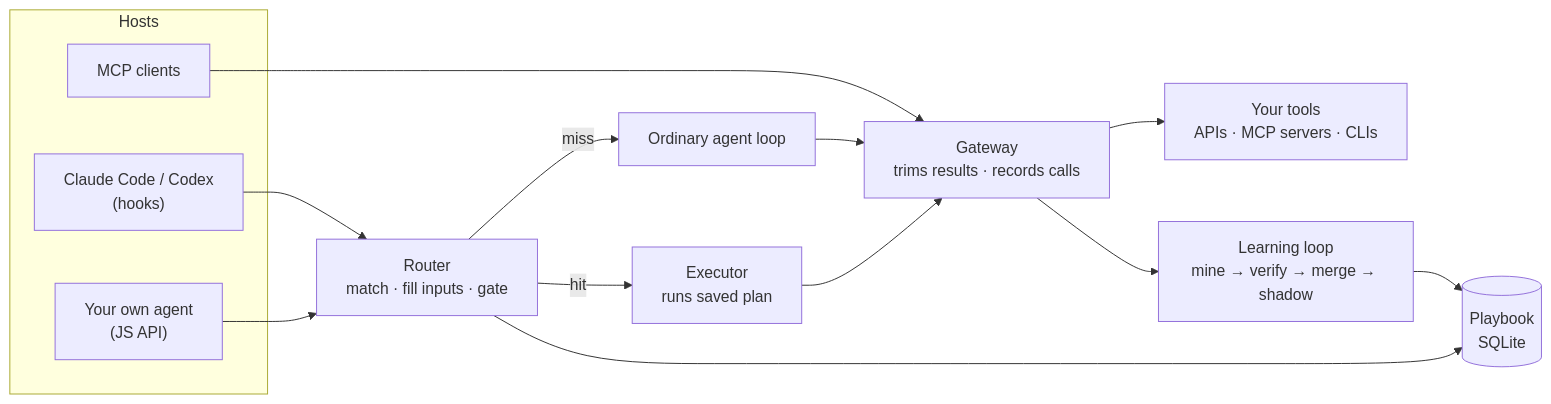
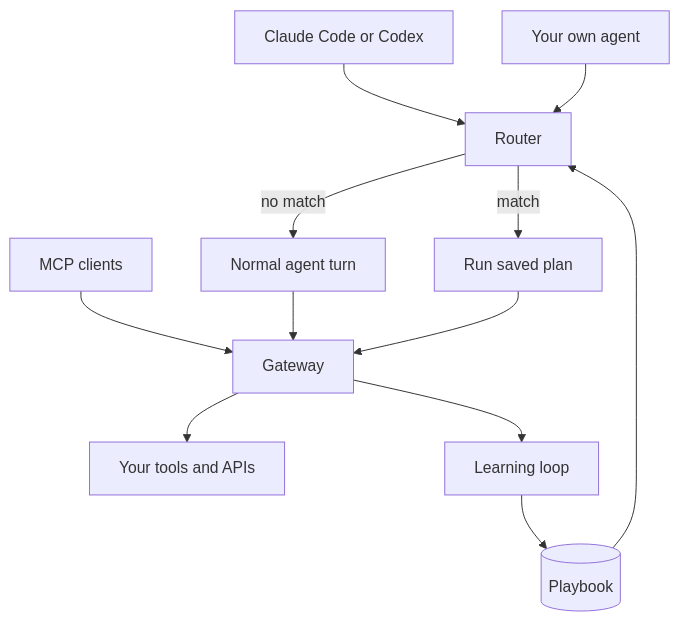
Before and after one commit to owentw23/workflow-replay: the first of 3 diagrams in README.md, drawn with Mermaid. The commit also changed other lines of this file, not shown here.

Commit message:
Fix README diagrams: plain labels, no special characters
The sequence diagram failed to render because of ';' and '#' in message
text, and the architecture diagram cut off long labels. Both now use short
plain labels; the architecture parts are explained in a table.

````diff
--- a/README.md
+++ b/README.md
@@ -53,19 +53,14 @@
 ```mermaid
-flowchart LR
-  subgraph Hosts
-    H1["Claude Code / Codex<br/>(hooks)"]
-    H2["MCP clients"]
-    H3["Your own agent<br/>(JS API)"]
-  end
-  H1 --> R["Router<br/>match · fill inputs · gate"]
-  H3 --> R
-  H2 --> G
-  R -->|hit| X["Executor<br/>runs saved plan"]
-  R -->|miss| A["Ordinary agent loop"]
-  A --> G["Gateway<br/>trims results · records calls"]
+flowchart TB
+  H1["Claude Code or Codex"] --> R["Router"]
+  H3["Your own agent"] --> R
+  H2["MCP clients"] --> G
+  R -- "match" --> X["Run saved plan"]
+  R -- "no match" --> A["Normal agent turn"]
+  A --> G["Gateway"]
   X --> G
-  G --> U["Your tools<br/>APIs · MCP servers · CLIs"]
-  G --> L["Learning loop<br/>mine → verify → merge → shadow"]
-  L --> C[("Playbook<br/>SQLite")]
-  R --> C
+  G --> U["Your tools and APIs"]
+  G --> L["Learning loop"]
+  L --> C[("Playbook")]
+  C --> R
 ```
````
